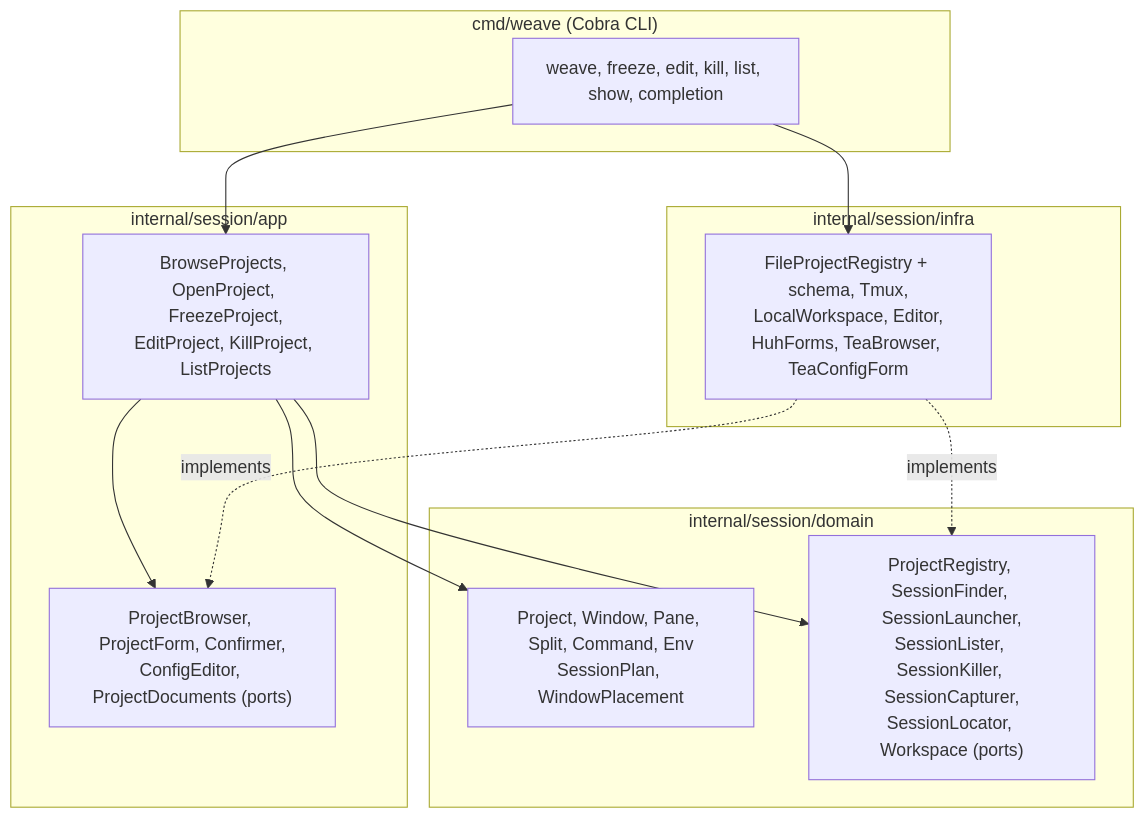
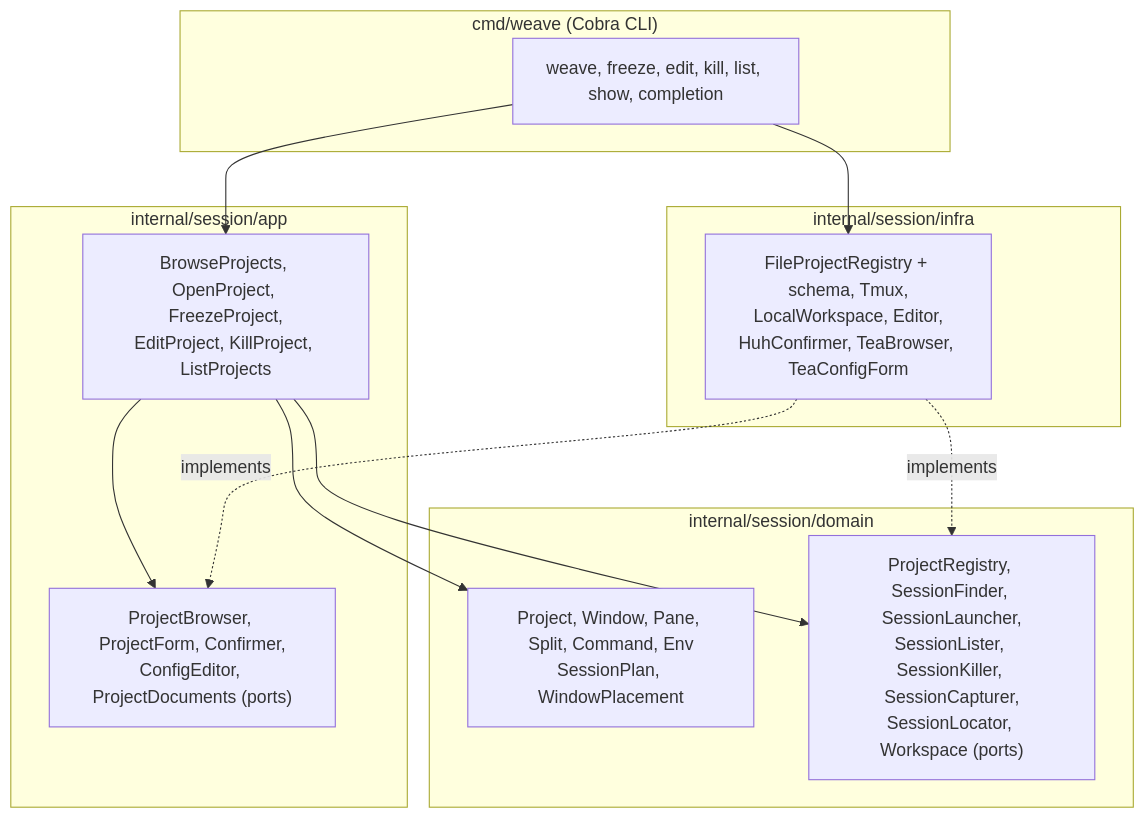
One commit to medilies/weaver changed the diagram in README.md. Above: the diagram before and after it, drawn with Mermaid. The commit also changed other lines of this file and 15 other files, not shown here.

First line of the commit message:
feat(freeze): register a project through the config form

````diff
--- a/README.md
+++ b/README.md
@@ -309,25 +311,25 @@
 ```mermaid
 graph TD
     subgraph cmd["cmd/weave (Cobra CLI)"]
         CLI["weave, freeze, edit, kill, list, show, completion"]
     end
     subgraph app["internal/session/app"]
         UC["BrowseProjects, OpenProject, FreezeProject,<br/>EditProject, KillProject, ListProjects"]
         AP["ProjectBrowser, ProjectForm, Confirmer,<br/>ConfigEditor, ProjectDocuments (ports)"]
     end
     subgraph domain["internal/session/domain"]
         M["Project, Window, Pane, Split, Command, Env<br/>SessionPlan, WindowPlacement"]
         DP["ProjectRegistry, SessionFinder, SessionLauncher,<br/>SessionLister, SessionKiller, SessionCapturer,<br/>SessionLocator, Workspace (ports)"]
     end
     subgraph infra["internal/session/infra"]
-        A["FileProjectRegistry + schema, Tmux,<br/>LocalWorkspace, Editor,<br/>HuhForms, TeaBrowser, TeaConfigForm"]
+        A["FileProjectRegistry + schema, Tmux,<br/>LocalWorkspace, Editor,<br/>HuhConfirmer, TeaBrowser, TeaConfigForm"]
     end
 
     CLI --> UC
     CLI --> A
     UC --> M
     UC --> DP
     UC --> AP
     A -.implements.-> DP
     A -.implements.-> AP
 ```
````
